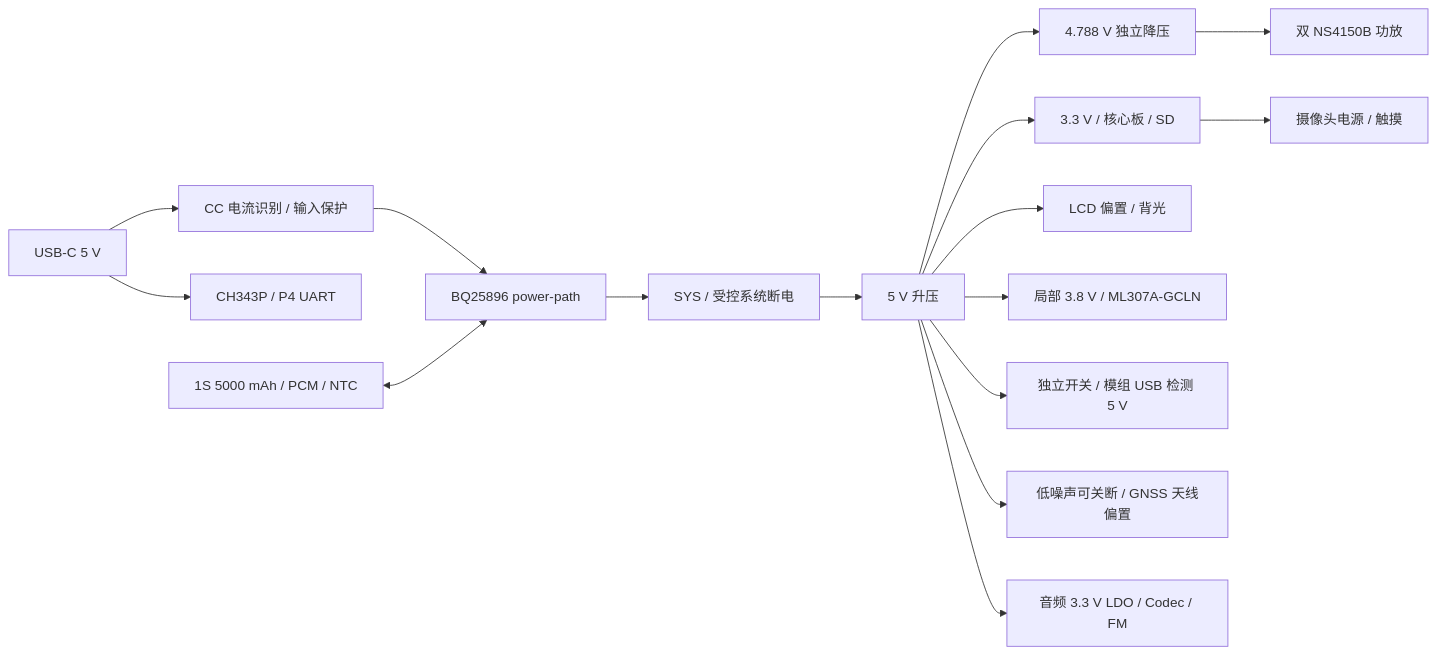
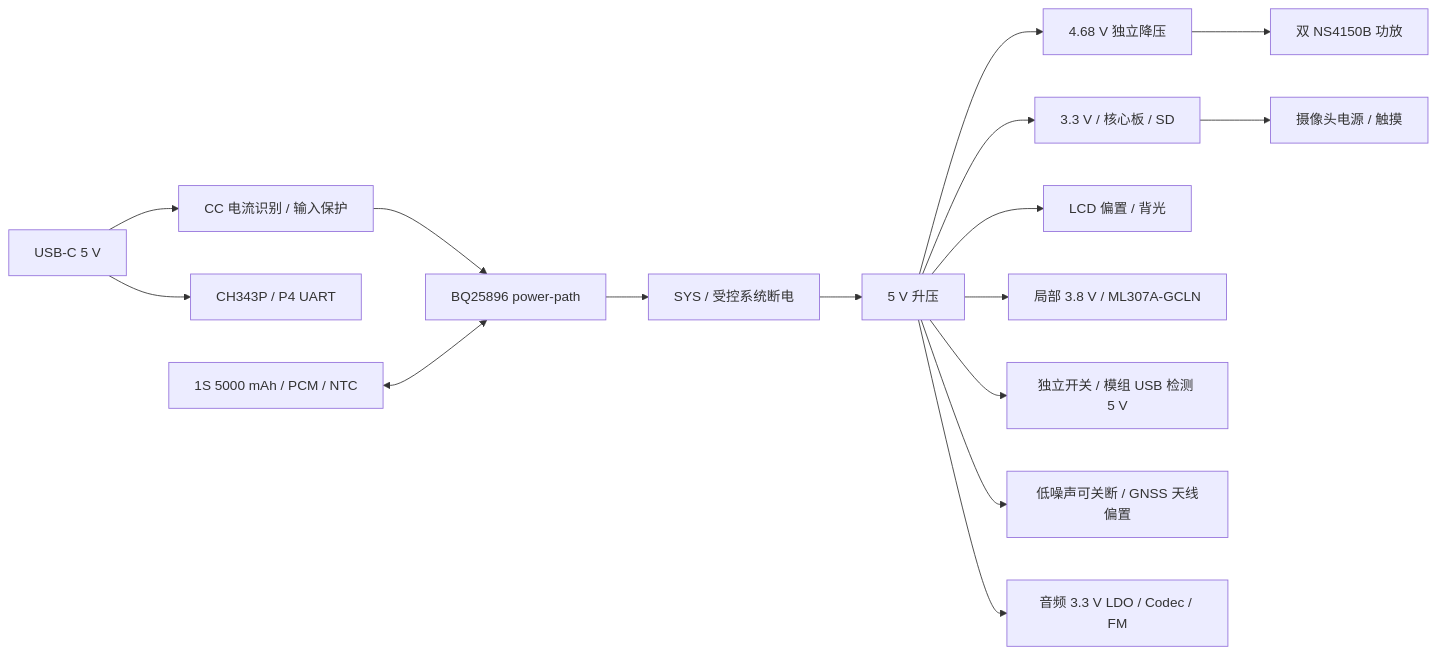
One commit to sundaydayhao/odb2-car-display changed the diagram in display_board/hardware/display-carrier/README.md. Above: the diagram before and after it, drawn with Mermaid. The commit also changed other lines of this file and 69 other files, not shown here.

````diff
--- a/display_board/hardware/display-carrier/README.md
+++ b/display_board/hardware/display-carrier/README.md
@@ -93,18 +99,18 @@
 ```mermaid
 flowchart LR
   USB[USB-C 5 V] --> CC[CC 电流识别 / 输入保护]
   USB --> UART[CH343P / P4 UART]
   CC --> CHG[BQ25896 power-path]
   BAT[1S 5000 mAh / PCM / NTC] <--> CHG
   CHG --> SYS[SYS / 受控系统断电]
   SYS --> BOOST[5 V 升压]
-  BOOST --> PAV[4.788 V 独立降压]
+  BOOST --> PAV[4.68 V 独立降压]
   PAV --> AMP[双 NS4150B 功放]
   BOOST --> CORE[3.3 V / 核心板 / SD]
   BOOST --> LCD[LCD 偏置 / 背光]
   BOOST --> LTE[局部 3.8 V / ML307A-GCLN]
   BOOST --> VBUS[独立开关 / 模组 USB 检测 5 V]
   BOOST --> GNSS[低噪声可关断 / GNSS 天线偏置]
   CORE --> CAM[摄像头电源 / 触摸]
   BOOST --> AUDIO[音频 3.3 V LDO / Codec / FM]
 ```
````
